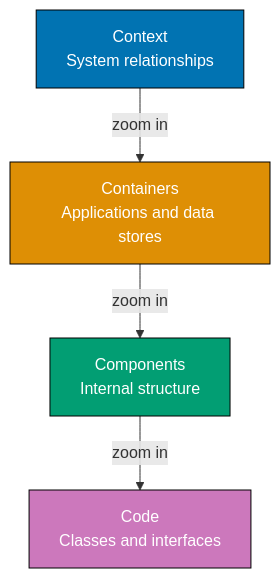
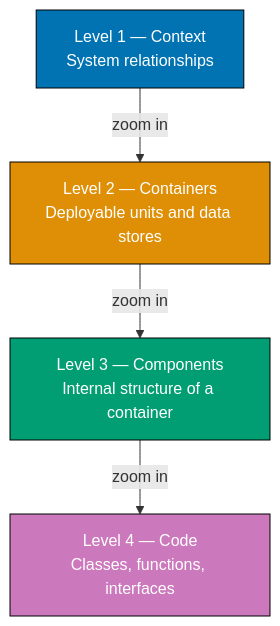
One commit to wahidyankf/open-sharia-enterprise changed the first of 30 diagrams in apps/ayokoding-web/content/en/learn/software-engineering/architecture/c4-architecture-model/by-example/beginner.md. Above: the diagram before and after it, drawn with Mermaid. The commit also changed other lines of this file and 38 other files, not shown here.

First line of the commit message:
docs(ayokoding-web): unify architecture tutorials on shared P2P domain

````diff
--- a/apps/ayokoding-web/content/en/learn/software-engineering/architecture/c4-architecture-model/by-example/beginner.md
+++ b/apps/ayokoding-web/content/en/learn/software-engineering/architecture/c4-architecture-model/by-example/beginner.md
@@ -18,16 +18,16 @@
 ```mermaid
 graph TD
-    A["Context<br/>System relationships"]
-    B["Containers<br/>Applications and data stores"]
-    C["Components<br/>Internal structure"]
-    D["Code<br/>Classes and interfaces"]
+    A["Level 1 — Context<br/>System relationships"]
+    B["Level 2 — Containers<br/>Deployable units and data stores"]
+    C["Level 3 — Components<br/>Internal structure of a container"]
+    D["Level 4 — Code<br/>Classes, functions, interfaces"]
 
-    A -->|zoom in| B
-    B -->|zoom in| C
-    C -->|zoom in| D
+    A -->|"zoom in"| B
+    B -->|"zoom in"| C
+    C -->|"zoom in"| D
 
     style A fill:#0173B2,stroke:#000,color:#fff
     style B fill:#DE8F05,stroke:#000,color:#fff
     style C fill:#029E73,stroke:#000,color:#fff
     style D fill:#CC78BC,stroke:#000,color:#fff
 ```
````
